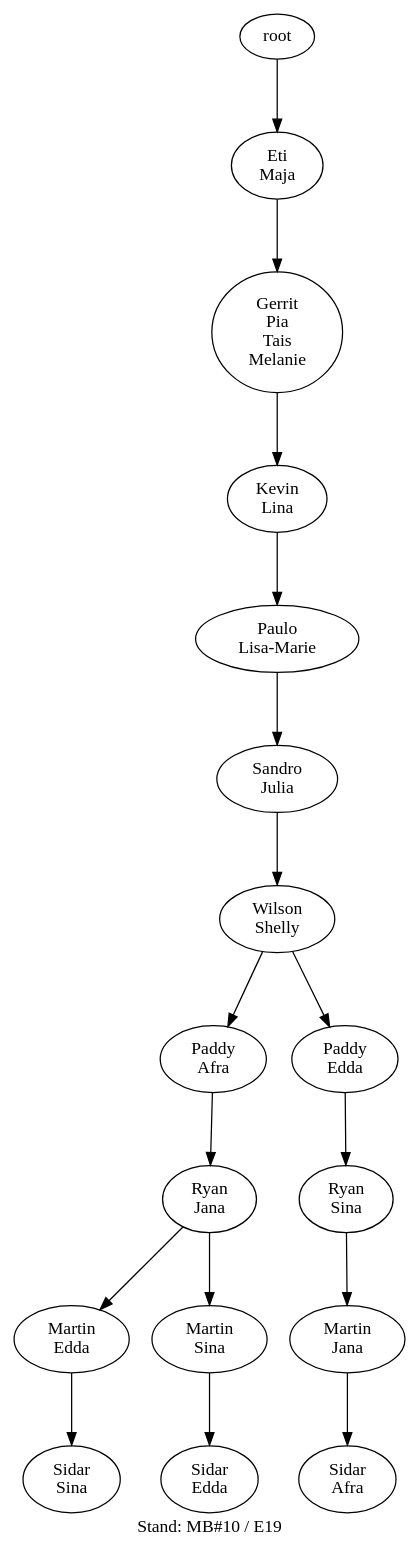
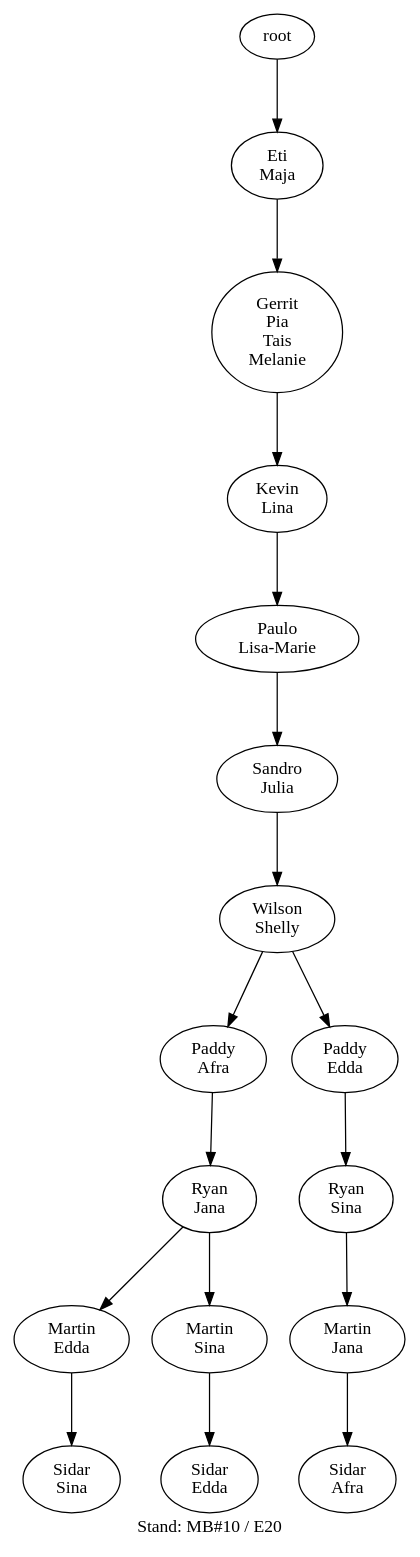
One commit to atticus-sullivan/sim-ayto changed the diagram in data/de05/de05_20_tree.dot. Above: the diagram before and after it, drawn with Graphviz. The commit also changed 88 other files, not shown here.

```diff
--- a/data/de05/de05_20_tree.dot
+++ b/data/de05/de05_20_tree.dot
@@ -1,34 +1,34 @@
-digraph D { labelloc="b"; label="Stand: MB#10 / E19"; ranksep=0.8;
+digraph D { labelloc="b"; label="Stand: MB#10 / E20"; ranksep=0.8;
 "root/9"[label="Eti\nMaja"]
 "root" -> "root/9";
 "root/9/4,1,11"[label="Gerrit\nPia\nTais\nMelanie"]
 "root/9" -> "root/9/4,1,11";
 "root/9/4,1,11/10"[label="Kevin\nLina"]
 "root/9/4,1,11" -> "root/9/4,1,11/10";
 "root/9/4,1,11/10/5"[label="Paulo\nLisa-Marie"]
 "root/9/4,1,11/10" -> "root/9/4,1,11/10/5";
 "root/9/4,1,11/10/5/3"[label="Sandro\nJulia"]
 "root/9/4,1,11/10/5" -> "root/9/4,1,11/10/5/3";
 "root/9/4,1,11/10/5/3/6"[label="Wilson\nShelly"]
 "root/9/4,1,11/10/5/3" -> "root/9/4,1,11/10/5/3/6";
 "root/9/4,1,11/10/5/3/6/7"[label="Paddy\nAfra"]
 "root/9/4,1,11/10/5/3/6" -> "root/9/4,1,11/10/5/3/6/7";
 "root/9/4,1,11/10/5/3/6/7/2"[label="Ryan\nJana"]
 "root/9/4,1,11/10/5/3/6/7" -> "root/9/4,1,11/10/5/3/6/7/2";
 "root/9/4,1,11/10/5/3/6/7/2/8"[label="Martin\nEdda"]
 "root/9/4,1,11/10/5/3/6/7/2" -> "root/9/4,1,11/10/5/3/6/7/2/8";
 "root/9/4,1,11/10/5/3/6/7/2/8/0"[label="Sidar\nSina"]
 "root/9/4,1,11/10/5/3/6/7/2/8" -> "root/9/4,1,11/10/5/3/6/7/2/8/0";
 "root/9/4,1,11/10/5/3/6/8"[label="Paddy\nEdda"]
 "root/9/4,1,11/10/5/3/6" -> "root/9/4,1,11/10/5/3/6/8";
 "root/9/4,1,11/10/5/3/6/8/0"[label="Ryan\nSina"]
 "root/9/4,1,11/10/5/3/6/8" -> "root/9/4,1,11/10/5/3/6/8/0";
 "root/9/4,1,11/10/5/3/6/8/0/2"[label="Martin\nJana"]
 "root/9/4,1,11/10/5/3/6/8/0" -> "root/9/4,1,11/10/5/3/6/8/0/2";
 "root/9/4,1,11/10/5/3/6/8/0/2/7"[label="Sidar\nAfra"]
 "root/9/4,1,11/10/5/3/6/8/0/2" -> "root/9/4,1,11/10/5/3/6/8/0/2/7";
 "root/9/4,1,11/10/5/3/6/7/2/0"[label="Martin\nSina"]
 "root/9/4,1,11/10/5/3/6/7/2" -> "root/9/4,1,11/10/5/3/6/7/2/0";
 "root/9/4,1,11/10/5/3/6/7/2/0/8"[label="Sidar\nEdda"]
 "root/9/4,1,11/10/5/3/6/7/2/0" -> "root/9/4,1,11/10/5/3/6/7/2/0/8";
 }
```
